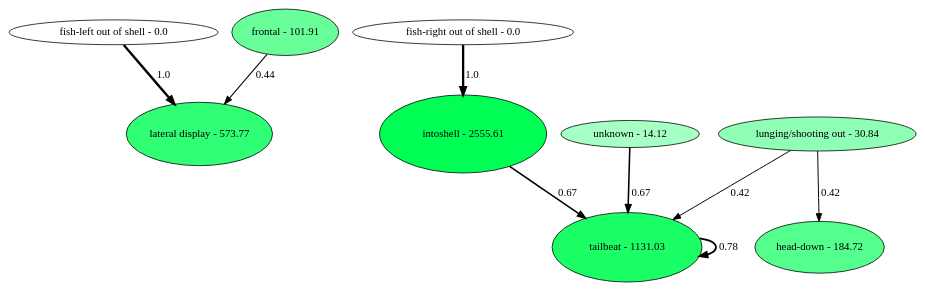
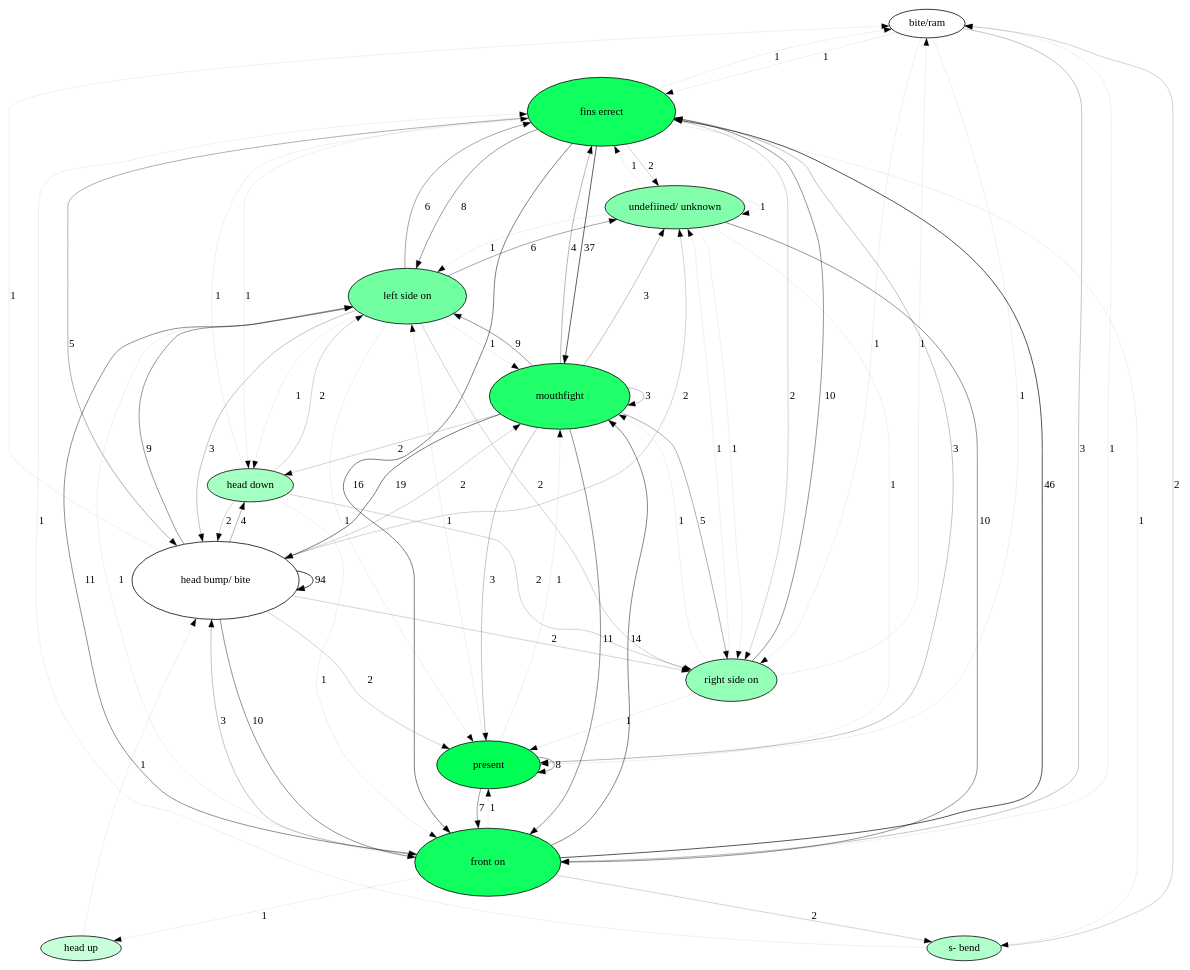
Before and after one commit to nicolkraus/AnalyzeBehavior: the diagram in images/transitions.gv, drawn with Graphviz. The commit also changed 4 other files, not shown here.

```diff
--- a/images/transitions.gv
+++ b/images/transitions.gv
@@ -1,19 +1,85 @@
 digraph  {
-"fish-left out of shell - 0.0" [fillcolor="0.3888888888888889 0.0 1", height="0.0", style=filled, tooltip="1234 &#013; 234 &#013; 234", width="0.0"];
-"lateral display - 573.77" [fillcolor="0.3888888888888889 0.8097904314429374 1", height="1.1337066040201123", style=filled, tooltip="1234 &#013; 234 &#013; 234", width="2.429371294328812"];
-"fish-right out of shell - 0.0" [fillcolor="0.3888888888888889 0.0 1", height="0.0", style=filled, tooltip="1234 &#013; 234 &#013; 234", width="0.0"];
-"intoshell - 2555.61" [fillcolor="0.3888888888888889 1.0 1", height="1.4", style=filled, tooltip="1234 &#013; 234 &#013; 234", width="3.0"];
-"frontal - 101.91" [fillcolor="0.3888888888888889 0.5905679940215456 1", height="0.8267951916301638", style=filled, tooltip="1234 &#013; 234 &#013; 234", width="1.7717039820646368"];
-"tailbeat - 1131.03" [fillcolor="0.3888888888888889 0.8961733032219505 1", height="1.2546426245107307", style=filled, tooltip="1234 &#013; 234 &#013; 234", width="2.6885199096658514"];
-"lunging/shooting out - 30.84" [fillcolor="0.3888888888888889 0.4410566434669279 1", height="0.6174793008536991", style=filled, tooltip="1234 &#013; 234 &#013; 234", width="1.3231699304007838"];
-"head-down - 184.72" [fillcolor="0.3888888888888889 0.6658104652360487 1", height="0.9321346513304681", style=filled, tooltip="1234 &#013; 234 &#013; 234", width="1.997431395708146"];
-"unknown - 14.12" [fillcolor="0.3888888888888889 0.3461466928290445 1", height="0.4846053699606622", style=filled, tooltip="1234 &#013; 234 &#013; 234", width="1.0384400784871335"];
-"fish-left out of shell - 0.0" -> "lateral display - 573.77"  [label="1.0", penwidth="3.0"];
-"fish-right out of shell - 0.0" -> "intoshell - 2555.61"  [label="1.0", penwidth="3.0"];
-"intoshell - 2555.61" -> "tailbeat - 1131.03"  [label="0.67", penwidth="2.0100000000000002"];
-"frontal - 101.91" -> "lateral display - 573.77"  [label="0.44", penwidth="1.32"];
-"tailbeat - 1131.03" -> "tailbeat - 1131.03"  [label="0.78", penwidth="2.34"];
-"lunging/shooting out - 30.84" -> "head-down - 184.72"  [label="0.42", penwidth="1.26"];
-"lunging/shooting out - 30.84" -> "tailbeat - 1131.03"  [label="0.42", penwidth="1.26"];
-"unknown - 14.12" -> "tailbeat - 1131.03"  [label="0.67", penwidth="2.0100000000000002"];
+"bite/ram" [fillcolor="0.3888888888888889 0.0 1", height="0.5186759798500812", style=filled, tooltip="1234 &#013; 234 &#013; 234", width="1.111448528250174"];
+"fins errect" [fillcolor="0.3888888888888889 0.940025621942613 1", height="1.2419960898007287", style=filled, tooltip="1234 &#013; 234 &#013; 234", width="2.661420192430133"];
+"front on" [fillcolor="0.3888888888888889 0.9337400281027853 1", height="1.2256831219693487", style=filled, tooltip="1234 &#013; 234 &#013; 234", width="2.626463832791462"];
+present [fillcolor="0.3888888888888889 1.0 1", height="0.8672003128988951", style=filled, tooltip="1234 &#013; 234 &#013; 234", width="1.8582863847833466"];
+"right side on" [fillcolor="0.3888888888888889 0.42172789864004817 1", height="0.7639505580000984", style=filled, tooltip="1234 &#013; 234 &#013; 234", width="1.637036910000211"];
+"head bump/ bite" [fillcolor="0.3888888888888889 0.0 1", height="1.4", style=filled, tooltip="1234 &#013; 234 &#013; 234", width="3.0"];
+"head down" [fillcolor="0.3888888888888889 0.3536820720810689 1", height="0.6019537765503913", style=filled, tooltip="1234 &#013; 234 &#013; 234", width="1.2899009497508385"];
+"left side on" [fillcolor="0.3888888888888889 0.5521694599988637 1", height="0.9940657262697981", style=filled, tooltip="1234 &#013; 234 &#013; 234", width="2.13014084200671"];
+mouthfight [fillcolor="0.3888888888888889 0.8697710655231307 1", height="1.1803597332204234", style=filled, tooltip="1234 &#013; 234 &#013; 234", width="2.529342285472336"];
+"s- bend" [fillcolor="0.3888888888888889 0.3079567154686432 1", height="0.31802472099995077", style=filled, tooltip="1234 &#013; 234 &#013; 234", width="0.6814815449998946"];
+"undefiined/ unknown" [fillcolor="0.3888888888888889 0.48446822251251115 1", height="0.7839225161985851", style=filled, tooltip="1234 &#013; 234 &#013; 234", width="1.6798339632826824"];
+"head up" [fillcolor="0.3888888888888889 0.21962572754284745 1", height="0.0", style=filled, tooltip="1234 &#013; 234 &#013; 234", width="0.0"];
+"bite/ram" -> "fins errect"  [label=1, penwidth="0.09090909090909091"];
+"bite/ram" -> "front on"  [label=3, penwidth="0.3107359989365573"];
+"bite/ram" -> present  [label=1, penwidth="0.09090909090909091"];
+"bite/ram" -> "right side on"  [label=1, penwidth="0.09090909090909091"];
+"fins errect" -> "bite/ram"  [label=1, penwidth="0.09090909090909091"];
+"fins errect" -> "front on"  [label=16, penwidth="0.64569043854967"];
+"fins errect" -> "head bump/ bite"  [label=5, penwidth="0.41294969031062434"];
+"fins errect" -> "head down"  [label=1, penwidth="0.09090909090909091"];
+"fins errect" -> "left side on"  [label=8, penwidth="0.5069951016395252"];
+"fins errect" -> mouthfight  [label=37, penwidth="0.8134359805726857"];
+"fins errect" -> "right side on"  [label=2, penwidth="0.2296044278192357"];
+"fins errect" -> "s- bend"  [label=1, penwidth="0.09090909090909091"];
+"fins errect" -> "undefiined/ unknown"  [label=2, penwidth="0.2296044278192357"];
+"front on" -> "bite/ram"  [label=1, penwidth="0.09090909090909091"];
+"front on" -> "fins errect"  [label=46, penwidth="0.8570013773484767"];
+"front on" -> "head bump/ bite"  [label=3, penwidth="0.3107359989365573"];
+"front on" -> "head up"  [label=1, penwidth="0.09090909090909091"];
+"front on" -> "left side on"  [label=1, penwidth="0.09090909090909091"];
+"front on" -> mouthfight  [label=14, penwidth="0.6189714645603683"];
+"front on" -> present  [label=1, penwidth="0.09090909090909091"];
+"front on" -> "s- bend"  [label=2, penwidth="0.2296044278192357"];
+present -> "fins errect"  [label=3, penwidth="0.3107359989365573"];
+present -> "front on"  [label=7, penwidth="0.4802761276502236"];
+present -> "left side on"  [label=1, penwidth="0.09090909090909091"];
+present -> mouthfight  [label=1, penwidth="0.09090909090909091"];
+present -> present  [label=8, penwidth="0.5069951016395252"];
+"right side on" -> "bite/ram"  [label=1, penwidth="0.09090909090909091"];
+"right side on" -> "fins errect"  [label=10, penwidth="0.5516450272207691"];
+"right side on" -> mouthfight  [label=1, penwidth="0.09090909090909091"];
+"right side on" -> present  [label=1, penwidth="0.09090909090909091"];
+"right side on" -> "undefiined/ unknown"  [label=1, penwidth="0.09090909090909091"];
+"head bump/ bite" -> "bite/ram"  [label=1, penwidth="0.09090909090909091"];
+"head bump/ bite" -> "front on"  [label=10, penwidth="0.5516450272207691"];
+"head bump/ bite" -> "head bump/ bite"  [label=94, penwidth="1.0"];
+"head bump/ bite" -> "head down"  [label=4, penwidth="0.36829976472938053"];
+"head bump/ bite" -> "left side on"  [label=9, penwidth="0.5305629069640238"];
+"head bump/ bite" -> mouthfight  [label=2, penwidth="0.2296044278192357"];
+"head bump/ bite" -> present  [label=2, penwidth="0.2296044278192357"];
+"head bump/ bite" -> "right side on"  [label=2, penwidth="0.2296044278192357"];
+"head bump/ bite" -> "undefiined/ unknown"  [label=2, penwidth="0.2296044278192357"];
+"head down" -> "fins errect"  [label=1, penwidth="0.09090909090909091"];
+"head down" -> "front on"  [label=1, penwidth="0.09090909090909091"];
+"head down" -> "head bump/ bite"  [label=2, penwidth="0.2296044278192357"];
+"head down" -> "left side on"  [label=2, penwidth="0.2296044278192357"];
+"head down" -> "right side on"  [label=2, penwidth="0.2296044278192357"];
+"left side on" -> "fins errect"  [label=6, penwidth="0.4494313358467021"];
+"left side on" -> "front on"  [label=11, penwidth="0.5707161247735983"];
+"left side on" -> "head bump/ bite"  [label=3, penwidth="0.3107359989365573"];
+"left side on" -> "head down"  [label=1, penwidth="0.09090909090909091"];
+"left side on" -> mouthfight  [label=1, penwidth="0.09090909090909091"];
+"left side on" -> present  [label=1, penwidth="0.09090909090909091"];
+"left side on" -> "right side on"  [label=2, penwidth="0.2296044278192357"];
+"left side on" -> "undefiined/ unknown"  [label=6, penwidth="0.4494313358467021"];
+mouthfight -> "fins errect"  [label=4, penwidth="0.36829976472938053"];
+mouthfight -> "front on"  [label=11, penwidth="0.5707161247735983"];
+mouthfight -> "head bump/ bite"  [label=19, penwidth="0.6800768285560226"];
+mouthfight -> "head down"  [label=2, penwidth="0.2296044278192357"];
+mouthfight -> "left side on"  [label=9, penwidth="0.5305629069640238"];
+mouthfight -> mouthfight  [label=3, penwidth="0.3107359989365573"];
+mouthfight -> present  [label=3, penwidth="0.3107359989365573"];
+mouthfight -> "right side on"  [label=5, penwidth="0.41294969031062434"];
+mouthfight -> "undefiined/ unknown"  [label=3, penwidth="0.3107359989365573"];
+"s- bend" -> "bite/ram"  [label=2, penwidth="0.2296044278192357"];
+"s- bend" -> "fins errect"  [label=1, penwidth="0.09090909090909091"];
+"undefiined/ unknown" -> "fins errect"  [label=1, penwidth="0.09090909090909091"];
+"undefiined/ unknown" -> "front on"  [label=10, penwidth="0.5516450272207691"];
+"undefiined/ unknown" -> "left side on"  [label=1, penwidth="0.09090909090909091"];
+"undefiined/ unknown" -> present  [label=1, penwidth="0.09090909090909091"];
+"undefiined/ unknown" -> "right side on"  [label=1, penwidth="0.09090909090909091"];
+"undefiined/ unknown" -> "undefiined/ unknown"  [label=1, penwidth="0.09090909090909091"];
+"head up" -> "head bump/ bite"  [label=1, penwidth="0.09090909090909091"];
 }
```
